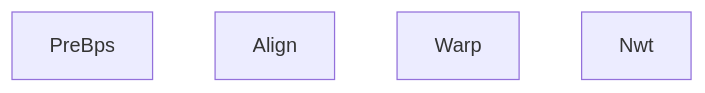
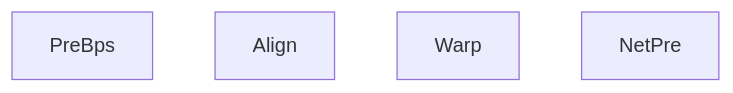
Before and after one commit to huzixuan1/iodraw-files: the diagram in all/未命名-6.md, drawn with Mermaid.

Commit message:
2025-06-24 16:05:17 update

````diff
--- a/all/未命名-6.md
+++ b/all/未命名-6.md
@@ -1,22 +1,22 @@
 ```mermaid
 graph TD
     %% B[cvtOpticalFlow]
     %% B --> C{Is initialized}
 
     %% C -- No --> D[vioInitialize]
     %% D --> E{Initialization success}
     %% E -- No --> F[Return empty SlamOutput]
     %% E -- Yes --> G[Set initialized = true]
 
     %% C -- Yes --> H[zuptCheck]
 
     %% G --> H
     %% H --> I[processImuMeas]
     %% I --> J[processVisionMeas]
     %% B --curr_flow_--> J
 
     A[PreBps]
     B[Align]
     C[Warp]
-    D[Nwt]
+    D[NetPre]
 ```
````
